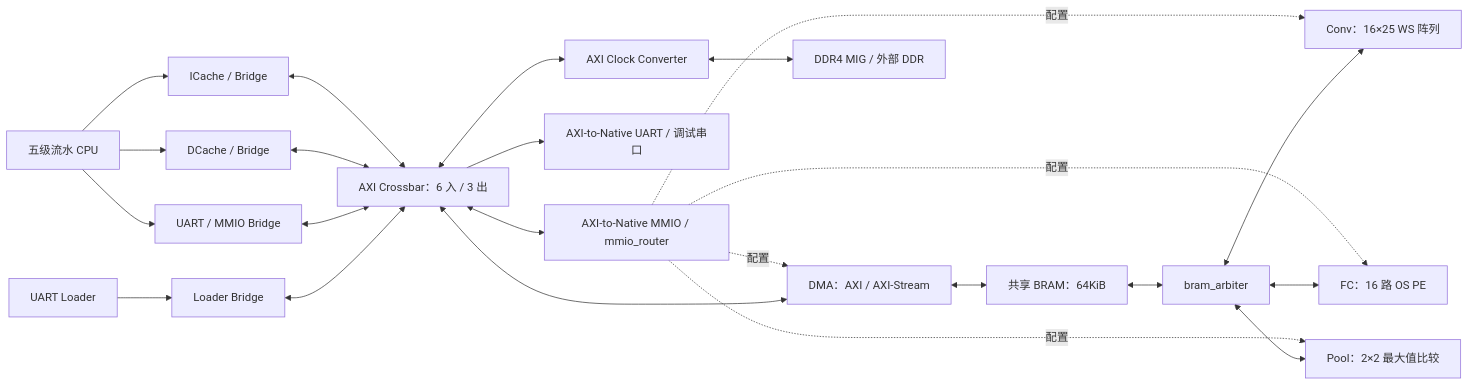
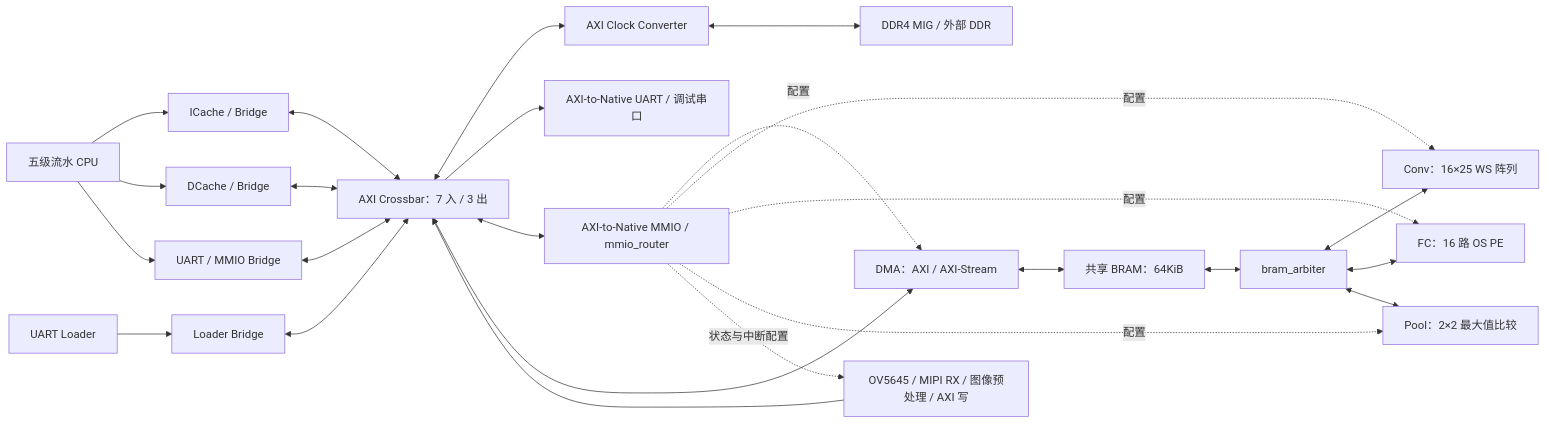
One commit to ssssss-dot/soc_learning changed the first of 2 diagrams in README.md. Above: the diagram before and after it, drawn with Mermaid. The commit also changed other lines of this file, not shown here.

````diff
--- a/README.md
+++ b/README.md
@@ -32,25 +58,27 @@
 ```mermaid
 flowchart LR
     CPU["五级流水 CPU"] --> IC["ICache / Bridge"]
     CPU --> DC["DCache / Bridge"]
     CPU --> IO["UART / MMIO Bridge"]
     LD["UART Loader"] --> LB["Loader Bridge"]
-    IC <--> AXI["AXI Crossbar：6 入 / 3 出"]
+    IC <--> AXI["AXI Crossbar：7 入 / 3 出"]
     DC <--> AXI
     IO <--> AXI
     LB <--> AXI
     DMA["DMA：AXI / AXI-Stream"] <--> AXI
+    CAM["OV5645 / MIPI RX / 图像预处理 / AXI 写"] --> AXI
     AXI <--> CDC["AXI Clock Converter"]
     CDC <--> MIG["DDR4 MIG / 外部 DDR"]
     AXI --> UART["AXI-to-Native UART / 调试串口"]
     AXI <--> ROUTER["AXI-to-Native MMIO / mmio_router"]
     ROUTER -. 配置 .-> DMA
     ROUTER -. 配置 .-> CONV["Conv：16×25 WS 阵列"]
     ROUTER -. 配置 .-> FC["FC：16 路 OS PE"]
     ROUTER -. 配置 .-> POOL["Pool：2×2 最大值比较"]
+    ROUTER -. 状态与中断配置 .-> CAM
     DMA <--> RAM["共享 BRAM：64KiB"]
     RAM <--> ARB["bram_arbiter"]
     ARB <--> CONV
     ARB <--> FC
     ARB <--> POOL
 ```
````
